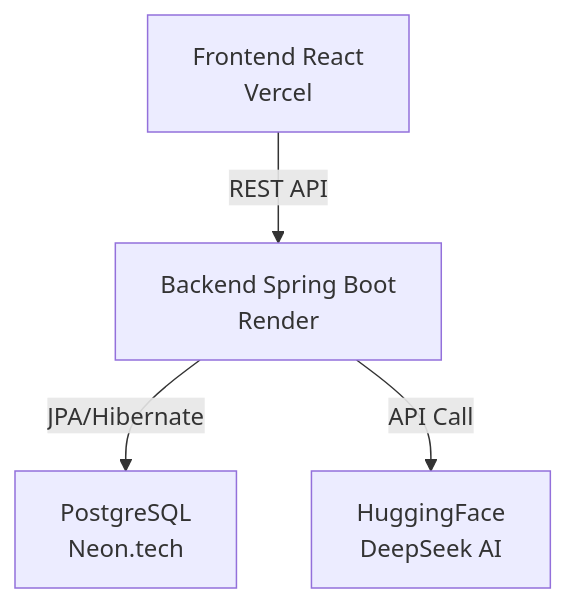
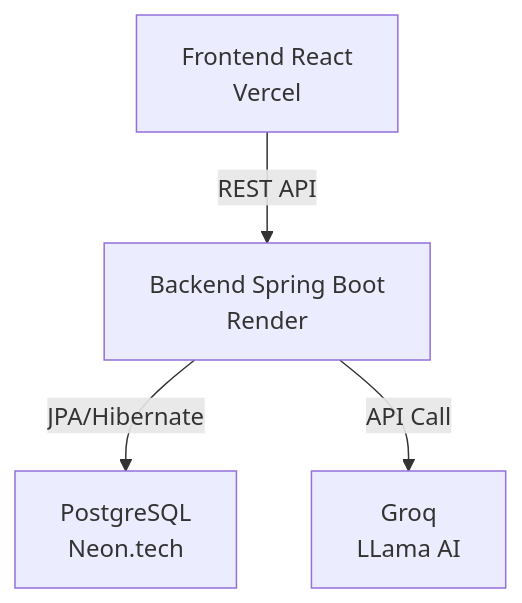
The diagram in README.md (Devmodjo/QuickExpo), drawn with Mermaid before and after one commit.

Commit message:
Update AI service from HuggingFace to Groq

````diff
--- a/README.md
+++ b/README.md
@@ -32,6 +32,6 @@
 ```mermaid
 graph TD
     A[Frontend React<br/>Vercel] -->|REST API| B[Backend Spring Boot<br/>Render]
     B -->|JPA/Hibernate| C[PostgreSQL<br/>Neon.tech]
-    B -->|API Call| D[HuggingFace<br/>DeepSeek AI]
+    B -->|API Call| D[Groq<br/>LLama AI]
 ```
````
